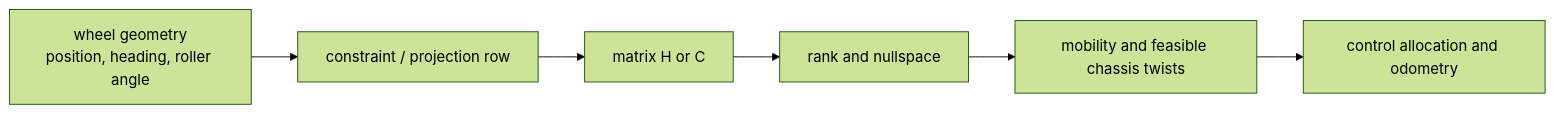
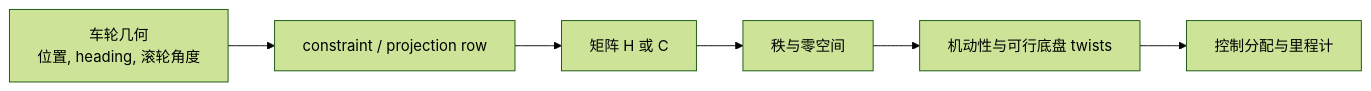
One commit to niuverse/llm-wiki changed the diagram in wiki/concepts/WheeledRobotKinematics.md. Above: the diagram before and after it, drawn with Mermaid (forest theme). The commit also changed other lines of this file and 123 other files, not shown here.

````diff
--- a/wiki/concepts/WheeledRobotKinematics.md
+++ b/wiki/concepts/WheeledRobotKinematics.md
@@ -75,8 +75,8 @@
 ```mermaid
 flowchart LR
-  A["wheel geometry<br/>position, heading, roller angle"] --> B["constraint / projection row"]
-  B --> C["matrix H or C"]
-  C --> D["rank and nullspace"]
-  D --> E["mobility and feasible chassis twists"]
-  E --> F["control allocation and odometry"]
+  A["车轮几何<br/>位置, heading, 滚轮角度"] --> B["constraint / projection row"]
+  B --> C["矩阵 H 或 C"]
+  C --> D["秩与零空间"]
+  D --> E["机动性与可行底盘 twists"]
+  E --> F["控制分配与里程计"]
 ```
````
